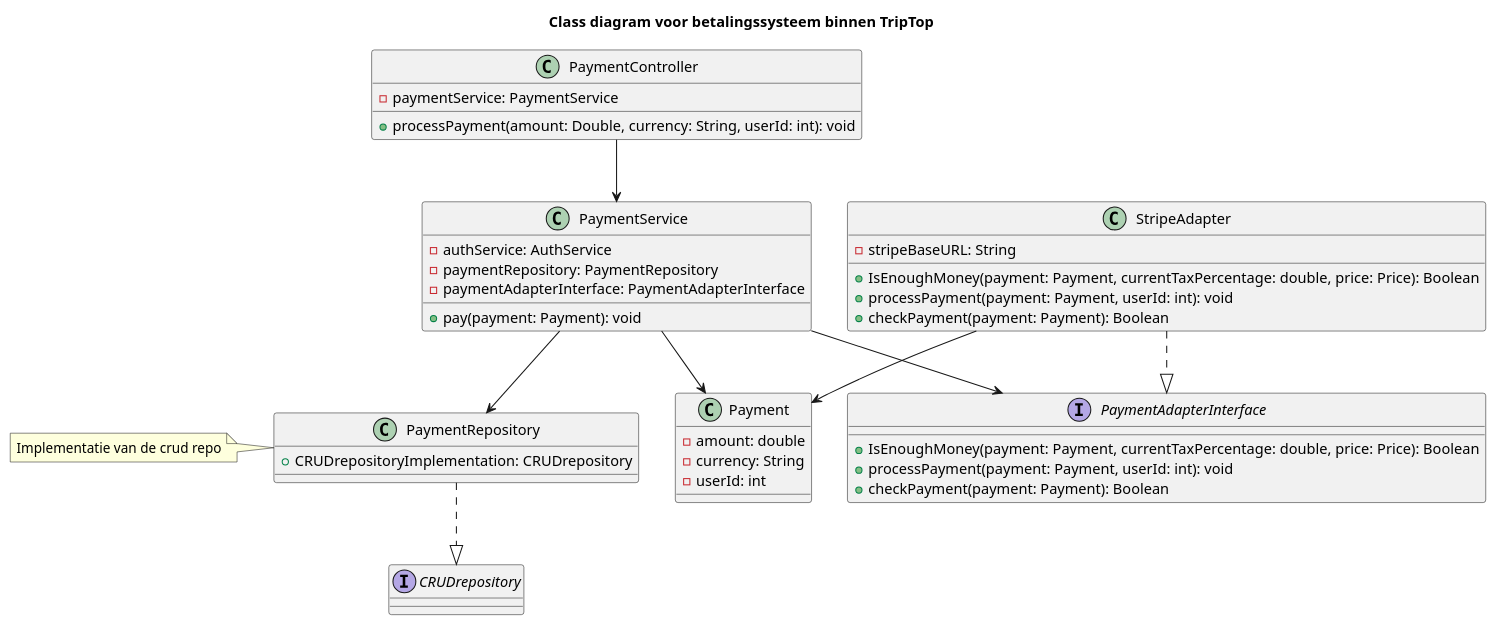
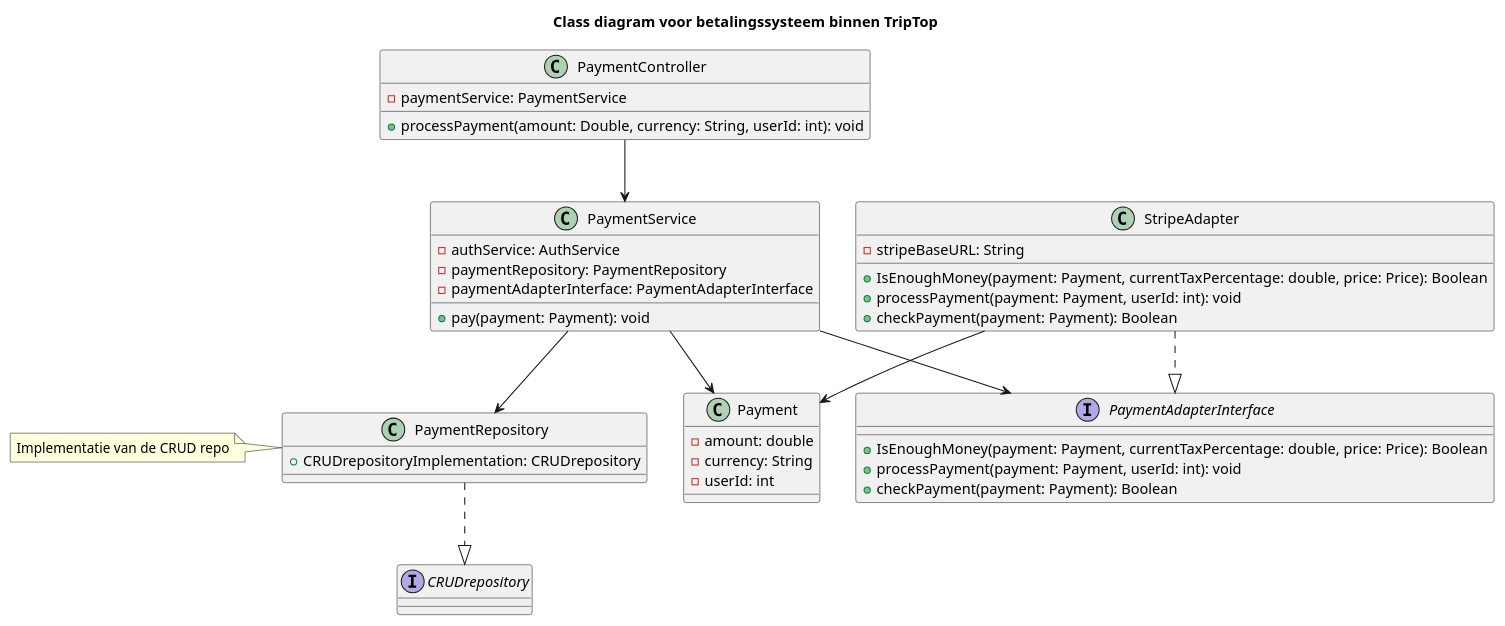
Before and after one commit to AIM-ENE-feb25/triptop-groep-b6: the diagram in gemaakte-werk-daniel/week-2/les-4/les/class-diagram-adapter.puml, drawn with PlantUML.

```diff
--- a/gemaakte-werk-daniel/week-2/les-4/les/class-diagram-adapter.puml
+++ b/gemaakte-werk-daniel/week-2/les-4/les/class-diagram-adapter.puml
@@ -1,56 +1,56 @@
 @startuml
 
 title Class diagram voor betalingssysteem binnen TripTop
 
 Class Payment {
     - amount: double
     - currency: String
     - userId: int
 }
 
 class PaymentController {
     - paymentService: PaymentService
     + processPayment(amount: Double, currency: String, userId: int): void
 }
 
 Class PaymentService {
     - authService: AuthService
     - paymentRepository: PaymentRepository
     - paymentAdapterInterface: PaymentAdapterInterface
     + pay(payment: Payment): void
 }
 
 Class StripeAdapter {
     - stripeBaseURL: String
     + IsEnoughMoney(payment: Payment, currentTaxPercentage: double, price: Price): Boolean
     + processPayment(payment: Payment, userId: int): void
     + checkPayment(payment: Payment): Boolean
 }
 
 Interface PaymentAdapterInterface {
     + IsEnoughMoney(payment: Payment, currentTaxPercentage: double, price: Price): Boolean
     + processPayment(payment: Payment, userId: int): void
     + checkPayment(payment: Payment): Boolean
 }
 
 Class PaymentRepository {
     + CRUDrepositoryImplementation: CRUDrepository
 }
 
 Interface CRUDrepository {
     
 }
 
 note left of PaymentRepository
-  Implementatie van de crud repo
+  Implementatie van de CRUD repo
 end note
 
 PaymentController --> PaymentService
 PaymentService --> PaymentRepository
 PaymentService --> Payment
 PaymentService -->  PaymentAdapterInterface
 StripeAdapter ..|> PaymentAdapterInterface
 StripeAdapter --> Payment
 PaymentRepository ..|> CRUDrepository
 
 @enduml
```
